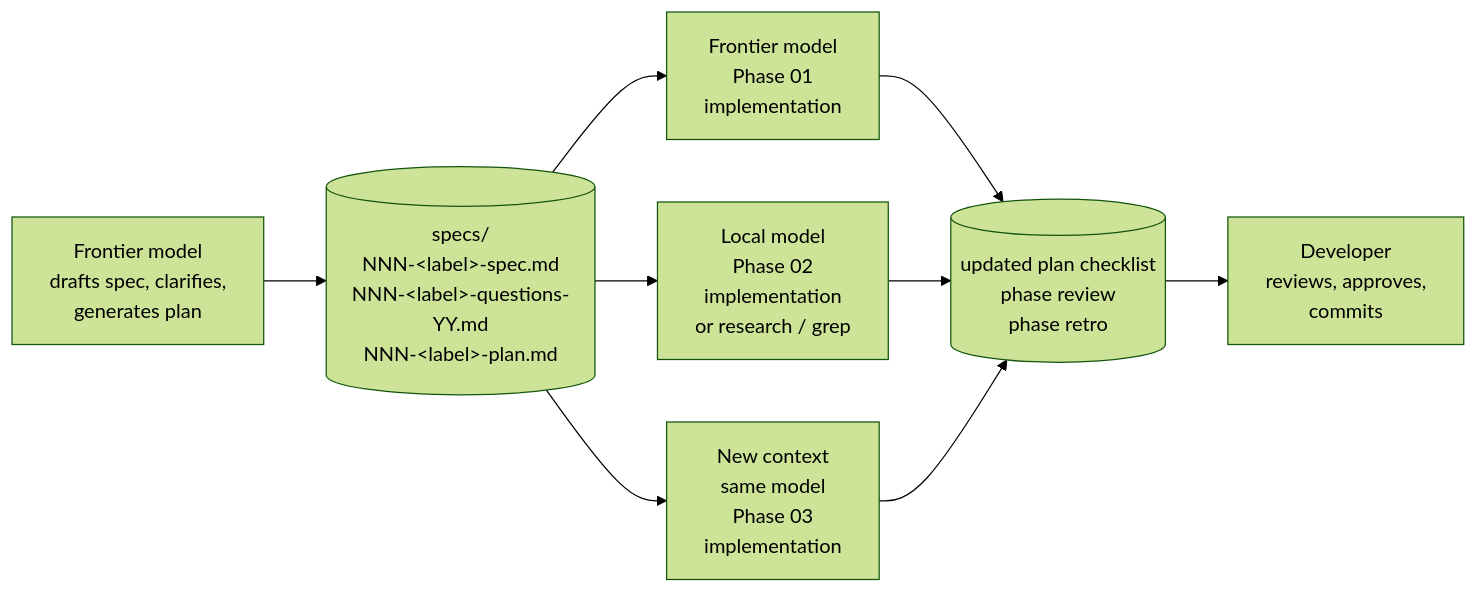
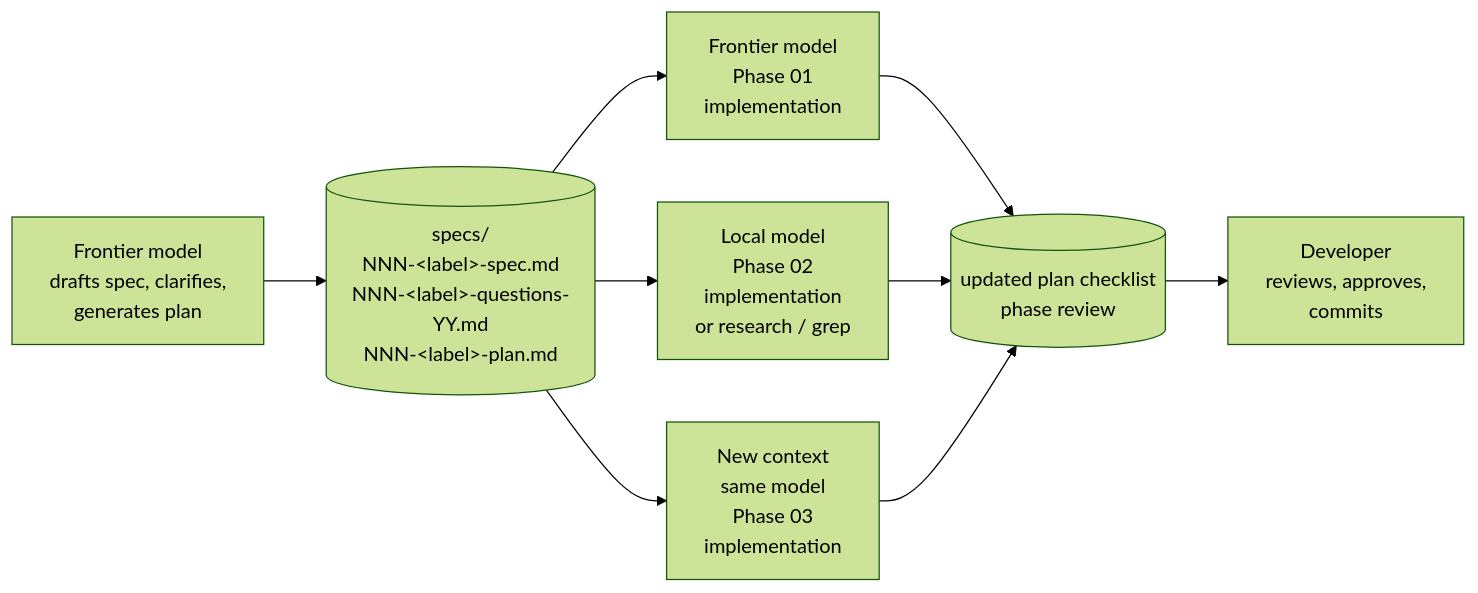
The first of 2 diagrams in README.md (rstehwien/spec-driven-ai-dev), drawn with Mermaid (forest theme) before and after one commit. The commit also changed other lines of this file and 10 other files, not shown here.

````diff
--- a/README.md
+++ b/README.md
@@ -93,11 +93,11 @@
 ```mermaid
 flowchart LR
     A[Frontier model<br/>drafts spec, clarifies,<br/>generates plan] --> B[(specs/<br/>NNN-&lt;label&gt;-spec.md<br/>NNN-&lt;label&gt;-questions-YY.md<br/>NNN-&lt;label&gt;-plan.md)]
     B --> C[Frontier model<br/>Phase 01<br/>implementation]
     B --> D[Local model<br/>Phase 02<br/>implementation<br/>or research / grep]
     B --> E[New context<br/>same model<br/>Phase 03<br/>implementation]
-    C --> F[(updated plan checklist<br/>phase review<br/>phase retro)]
+    C --> F[(updated plan checklist<br/>phase review)]
     D --> F
     E --> F
     F --> G[Developer<br/>reviews, approves,<br/>commits]
 ```
````
